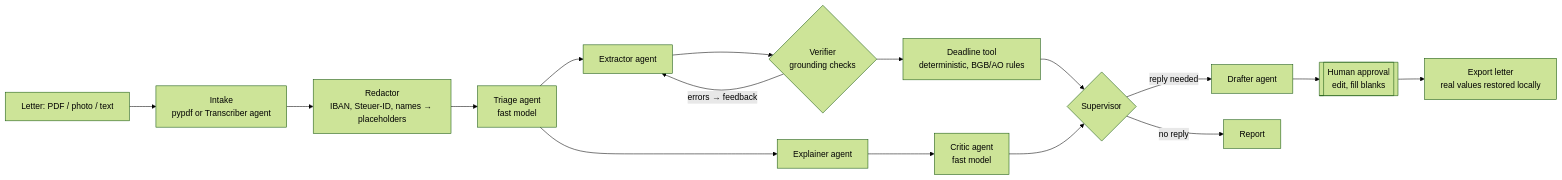
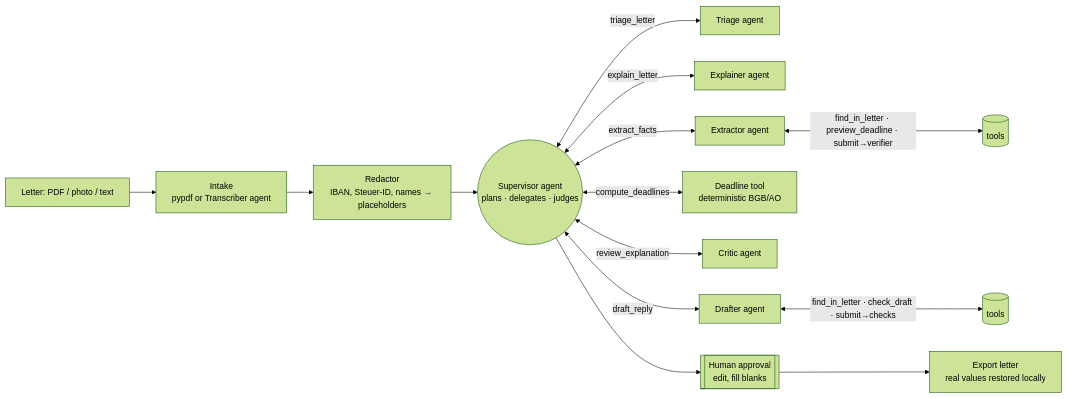
The diagram in README.md (arjityadav/briefkasten), drawn with Mermaid (forest theme) before and after one commit. The commit also changed other lines of this file and 29 other files, not shown here.

First line of the commit message:
Make agents tool-using ReAct agents with an LLM supervisor; add Groq provider

````diff
--- a/README.md
+++ b/README.md
@@ -30,18 +35,16 @@
 ```mermaid
 flowchart LR
     U[Letter: PDF / photo / text] --> I[Intake<br/>pypdf or Transcriber agent]
     I --> R[Redactor<br/>IBAN, Steuer-ID, names → placeholders]
-    R --> T[Triage agent<br/>fast model]
-    T --> E[Explainer agent]
-    T --> X[Extractor agent]
-    X --> V{Verifier<br/>grounding checks}
-    V -- errors → feedback --> X
-    V --> D[Deadline tool<br/>deterministic, BGB/AO rules]
-    E --> C[Critic agent<br/>fast model]
-    D --> S{Supervisor}
-    C --> S
-    S -- reply needed --> W[Drafter agent]
-    W --> H[[Human approval<br/>edit, fill blanks]]
+    R --> S((Supervisor agent<br/>plans · delegates · judges))
+    S <-->|triage_letter| T[Triage agent]
+    S <-->|explain_letter| E[Explainer agent]
+    S <-->|extract_facts| X[Extractor agent]
+    S <-->|compute_deadlines| D[Deadline tool<br/>deterministic BGB/AO]
+    S <-->|review_explanation| C[Critic agent]
+    S <-->|draft_reply| W[Drafter agent]
+    X <-->|find_in_letter · preview_deadline · submit→verifier| XT[(tools)]
+    W <-->|find_in_letter · check_draft · submit→checks| WT[(tools)]
+    S --> H[[Human approval<br/>edit, fill blanks]]
     H --> O[Export letter<br/>real values restored locally]
-    S -- no reply --> F[Report]
 ```
````
